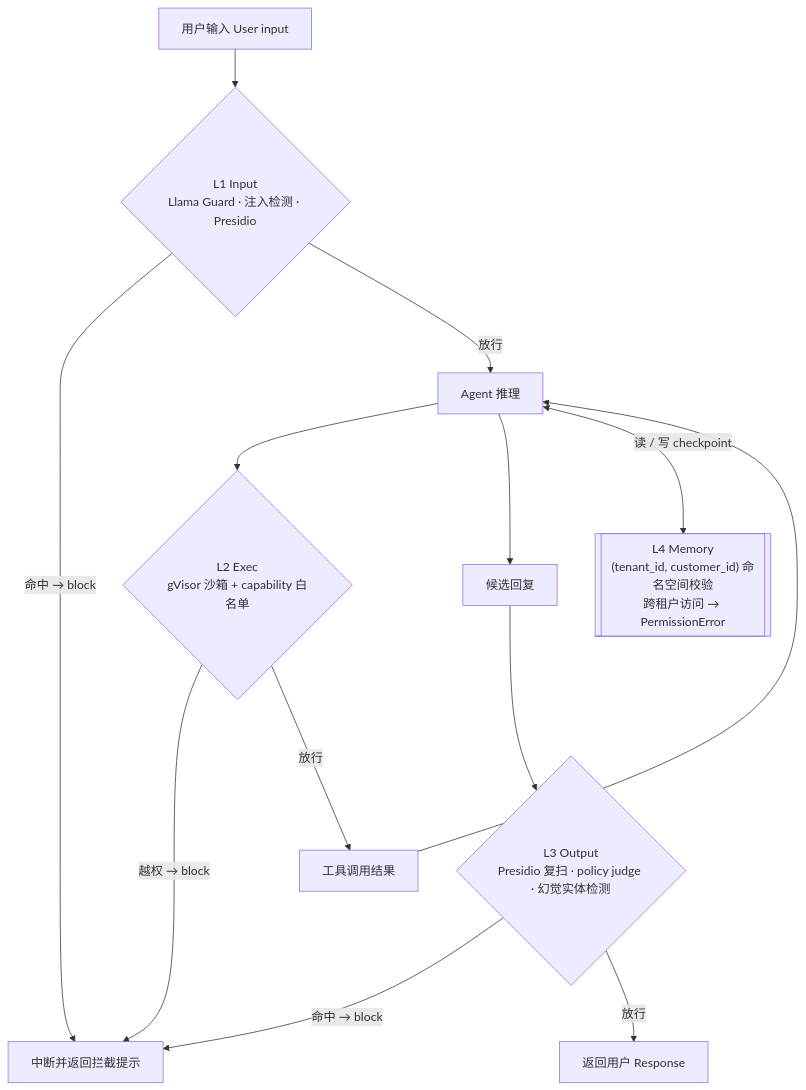
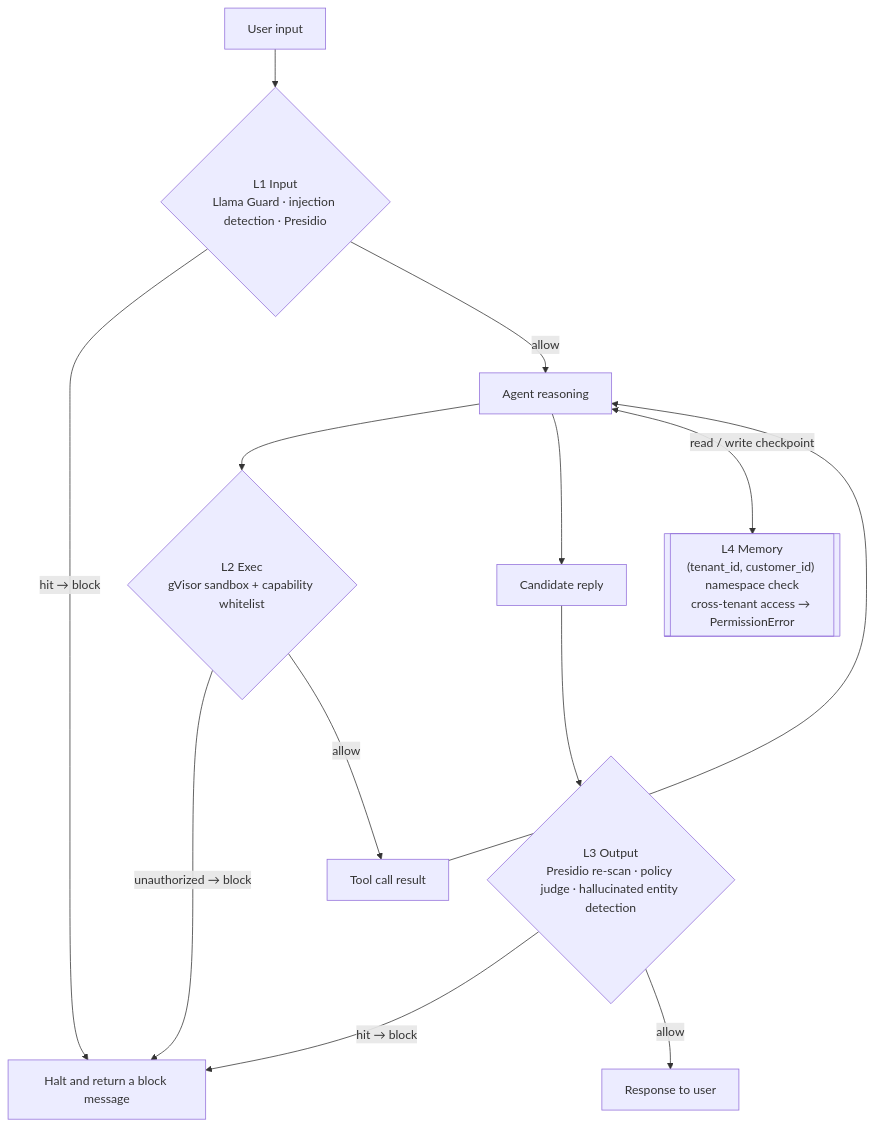
Before and after one commit to AndyUneducated/resolve-ai: the diagram in docs/milestone-4-plan.md, drawn with Mermaid. The commit also changed other lines of this file and 79 other files, not shown here.

````diff
--- a/docs/milestone-4-plan.md
+++ b/docs/milestone-4-plan.md
@@ -20,19 +20,19 @@
 ```mermaid
 flowchart TD
-  in["用户输入 User input"] --> l1
-  l1{"L1 Input<br/>Llama Guard · 注入检测 · Presidio"}
-  l1 -->|"命中 → block"| blocked["中断并返回拦截提示"]
-  l1 -->|放行| agent["Agent 推理"]
+  in["User input"] --> l1
+  l1{"L1 Input<br/>Llama Guard · injection detection · Presidio"}
+  l1 -->|"hit → block"| blocked["Halt and return a block message"]
+  l1 -->|allow| agent["Agent reasoning"]
   agent --> l2
-  l2{"L2 Exec<br/>gVisor 沙箱 + capability 白名单"}
-  l2 -->|"越权 → block"| blocked
-  l2 -->|放行| tool["工具调用结果"]
+  l2{"L2 Exec<br/>gVisor sandbox + capability whitelist"}
+  l2 -->|"unauthorized → block"| blocked
+  l2 -->|allow| tool["Tool call result"]
   tool --> agent
-  agent --> answer["候选回复"]
+  agent --> answer["Candidate reply"]
   answer --> l3
-  l3{"L3 Output<br/>Presidio 复扫 · policy judge · 幻觉实体检测"}
-  l3 -->|"命中 → block"| blocked
-  l3 -->|放行| out["返回用户 Response"]
-  l4[["L4 Memory<br/>(tenant_id, customer_id) 命名空间校验<br/>跨租户访问 → PermissionError"]]
-  agent <-->|"读 / 写 checkpoint"| l4
+  l3{"L3 Output<br/>Presidio re-scan · policy judge · hallucinated entity detection"}
+  l3 -->|"hit → block"| blocked
+  l3 -->|allow| out["Response to user"]
+  l4[["L4 Memory<br/>(tenant_id, customer_id) namespace check<br/>cross-tenant access → PermissionError"]]
+  agent <-->|"read / write checkpoint"| l4
 ```
````
